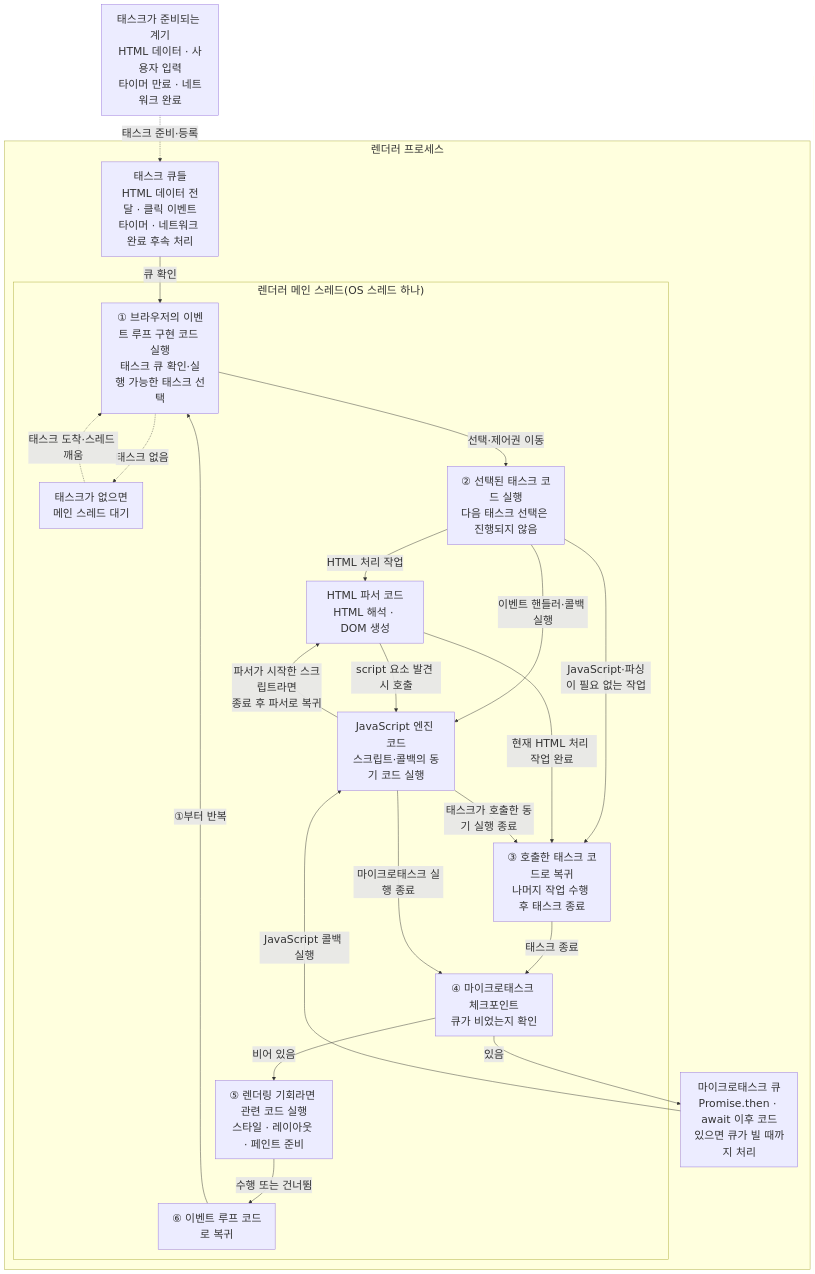
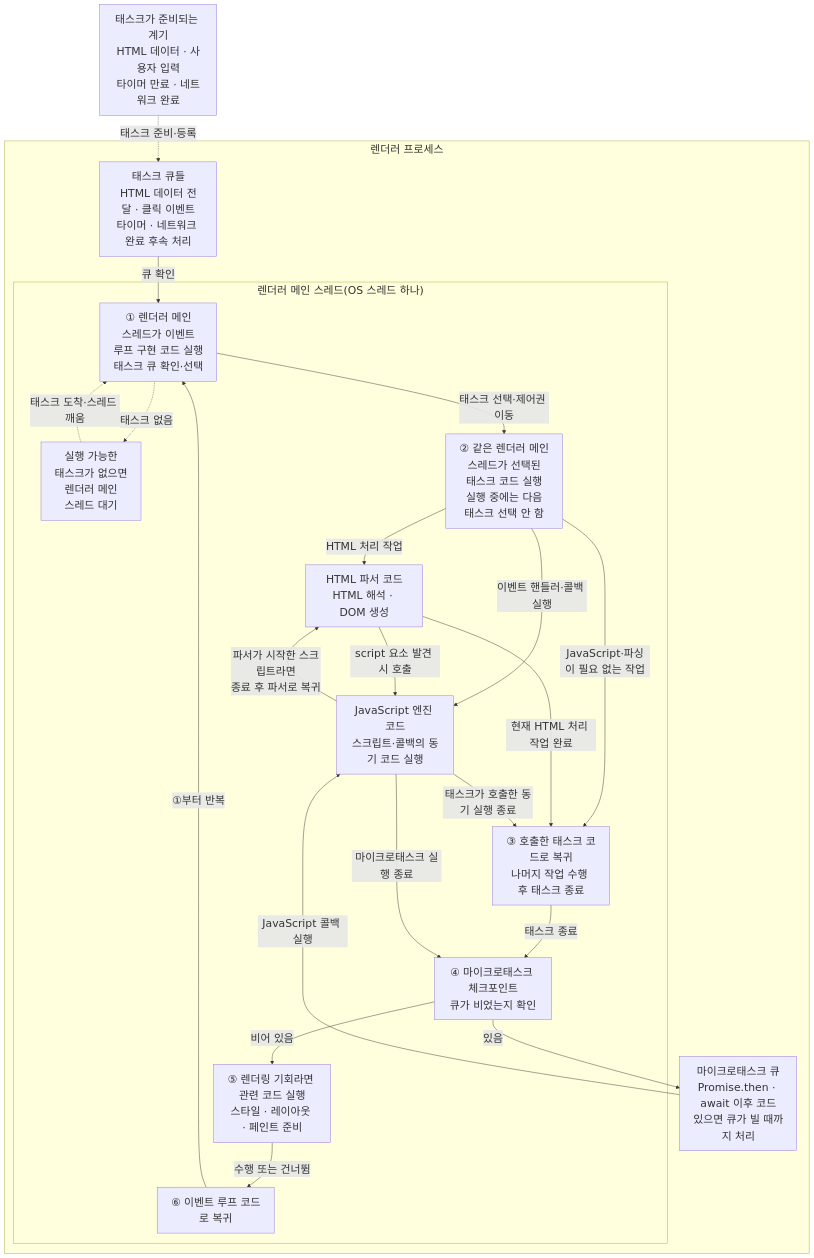
One commit to lee-gimoon/futures-paper-trading changed the second of 2 diagrams in docs/frontend-study/06-main-thread-call-stack-and-event-loop.md. Above: the diagram before and after it, drawn with Mermaid. The commit also changed other lines of this file, not shown here.

Commit message:
docs: clarify main thread task execution

````diff
--- a/docs/frontend-study/06-main-thread-call-stack-and-event-loop.md
+++ b/docs/frontend-study/06-main-thread-call-stack-and-event-loop.md
@@ -53,42 +53,42 @@
 ```mermaid
 %%{init: {"themeVariables": {"fontSize": "24px"}, "flowchart": {"nodeSpacing": 35, "rankSpacing": 45, "subGraphTitleMargin": {"top": 0, "bottom": 24}}}}%%
 flowchart TB
   SOURCES["태스크가 준비되는 계기<br/>HTML 데이터 · 사용자 입력<br/>타이머 만료 · 네트워크 완료"]
 
   subgraph RENDERER["렌더러 프로세스"]
     TQ["태스크 큐들<br/>HTML 데이터 전달 · 클릭 이벤트<br/>타이머 · 네트워크 완료 후속 처리"]
     MQ["마이크로태스크 큐<br/>Promise.then · await 이후 코드<br/>있으면 큐가 빌 때까지 처리"]
 
     subgraph MAIN["렌더러 메인 스레드(OS 스레드 하나)"]
-      EL["① 브라우저의 이벤트 루프 구현 코드 실행<br/>태스크 큐 확인·실행 가능한 태스크 선택"]
-      WAIT["태스크가 없으면<br/>메인 스레드 대기"]
-      TASK["② 선택된 태스크 코드 실행<br/>다음 태스크 선택은 진행되지 않음"]
+      EL["① 렌더러 메인<br/>스레드가 이벤트<br/>루프 구현 코드 실행<br/>태스크 큐 확인·선택"]
+      WAIT["실행 가능한<br/>태스크가 없으면<br/>렌더러 메인<br/>스레드 대기"]
+      TASK["② 같은 렌더러 메인<br/>스레드가 선택된<br/>태스크 코드 실행<br/>실행 중에는 다음<br/>태스크 선택 안 함"]
       PARSER["HTML 파서 코드<br/>HTML 해석 · DOM 생성"]
       JS["JavaScript 엔진 코드<br/>스크립트·콜백의 동기 코드 실행"]
       TASK_RETURN["③ 호출한 태스크 코드로 복귀<br/>나머지 작업 수행 후 태스크 종료"]
       CHECK["④ 마이크로태스크 체크포인트<br/>큐가 비었는지 확인"]
       RENDER["⑤ 렌더링 기회라면 관련 코드 실행<br/>스타일 · 레이아웃 · 페인트 준비"]
       RETURN["⑥ 이벤트 루프 코드로 복귀"]
     end
   end
 
   SOURCES -.->|"태스크 준비·등록"| TQ
   TQ -->|"큐 확인"| EL
   EL -.->|"태스크 없음"| WAIT
   WAIT -.->|"태스크 도착·스레드 깨움"| EL
-  EL -->|"선택·제어권 이동"| TASK
+  EL -->|"태스크 선택·제어권 이동"| TASK
   TASK -->|"HTML 처리 작업"| PARSER
   TASK -->|"이벤트 핸들러·콜백 실행"| JS
   TASK -->|"JavaScript·파싱이 필요 없는 작업"| TASK_RETURN
   PARSER -->|"script 요소 발견 시 호출"| JS
   JS -->|"파서가 시작한 스크립트라면<br/>종료 후 파서로 복귀"| PARSER
   PARSER -->|"현재 HTML 처리 작업 완료"| TASK_RETURN
   JS -->|"태스크가 호출한 동기 실행 종료"| TASK_RETURN
   TASK_RETURN -->|"태스크 종료"| CHECK
   CHECK -->|"있음"| MQ
   MQ -->|"JavaScript 콜백 실행"| JS
   JS -->|"마이크로태스크 실행 종료"| CHECK
   CHECK -->|"비어 있음"| RENDER
   RENDER -->|"수행 또는 건너뜀"| RETURN
   RETURN -->|"①부터 반복"| EL
 ```
````
